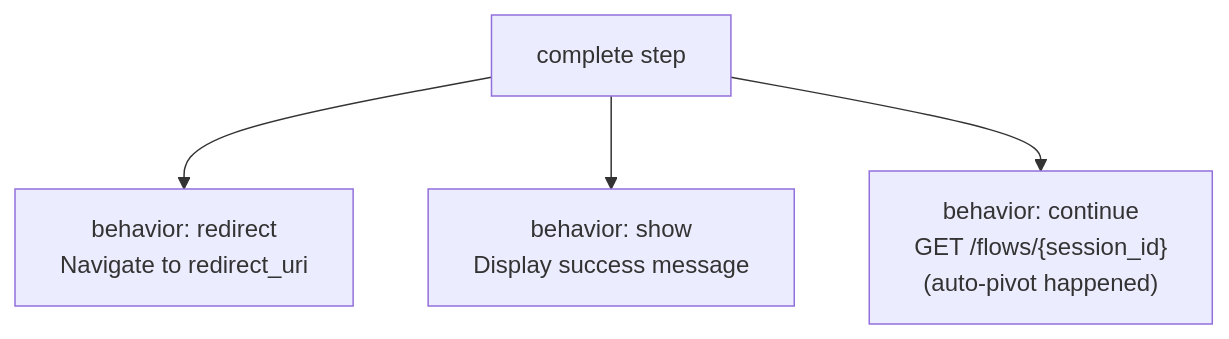
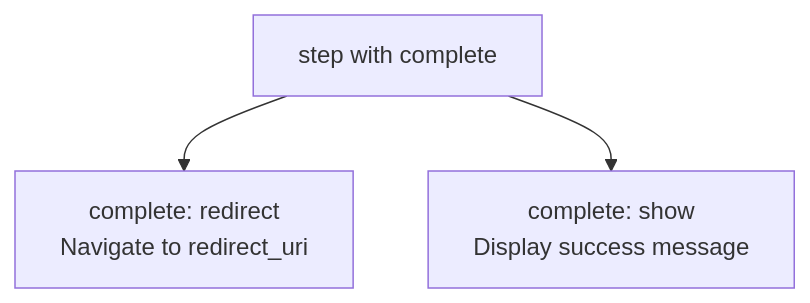
The seventh of 10 diagrams in docs/design/flowengine/flow-engine-guide.md (zitadel/nextgen), drawn with Mermaid before and after one commit. The commit also changed other lines of this file and 15 other files, not shown here.

Commit message:
refactor: simplify flow engine to schema-driven step model (#50)

````diff
--- a/docs/design/flowengine/flow-engine-guide.md
+++ b/docs/design/flowengine/flow-engine-guide.md
@@ -604,11 +524,9 @@
 ```mermaid
 flowchart TD
-    complete["complete step"]
-    redirect["behavior: redirect<br>Navigate to redirect_uri"]
-    show["behavior: show<br>Display success message"]
-    continue["behavior: continue<br>GET /flows/{session_id}<br>(auto-pivot happened)"]
+    complete["step with complete"]
+    redirect["complete: redirect<br>Navigate to redirect_uri"]
+    show["complete: show<br>Display success message"]
 
     complete --> redirect
     complete --> show
-    complete --> continue
 ```
````
